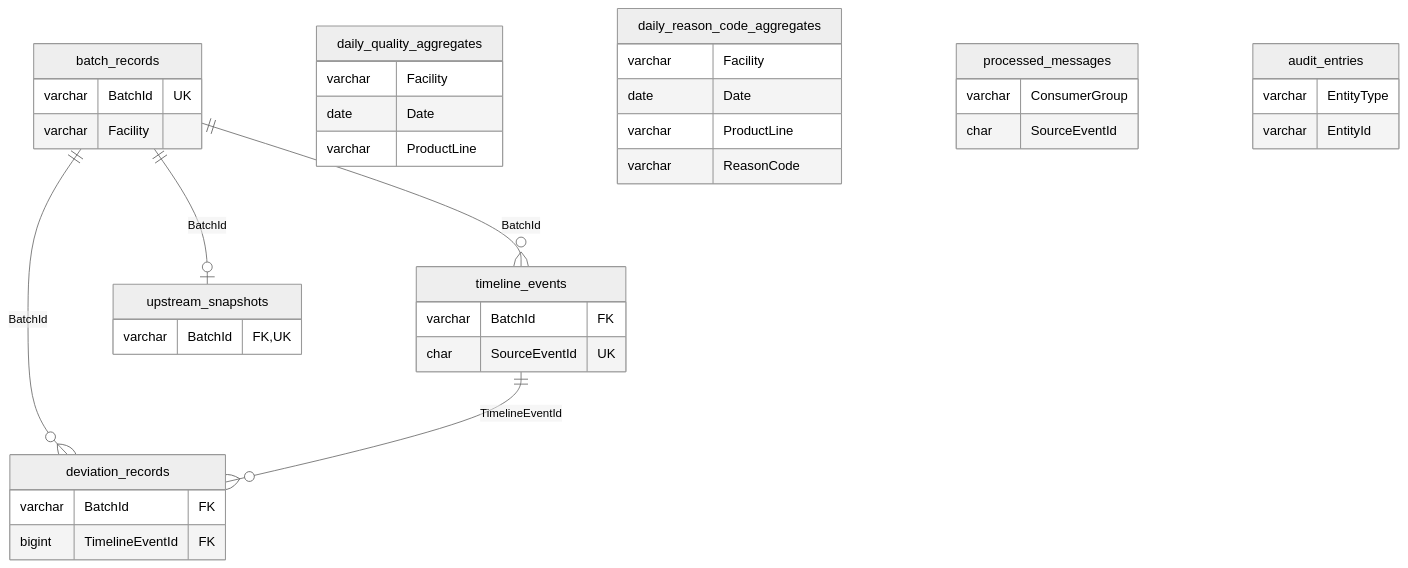
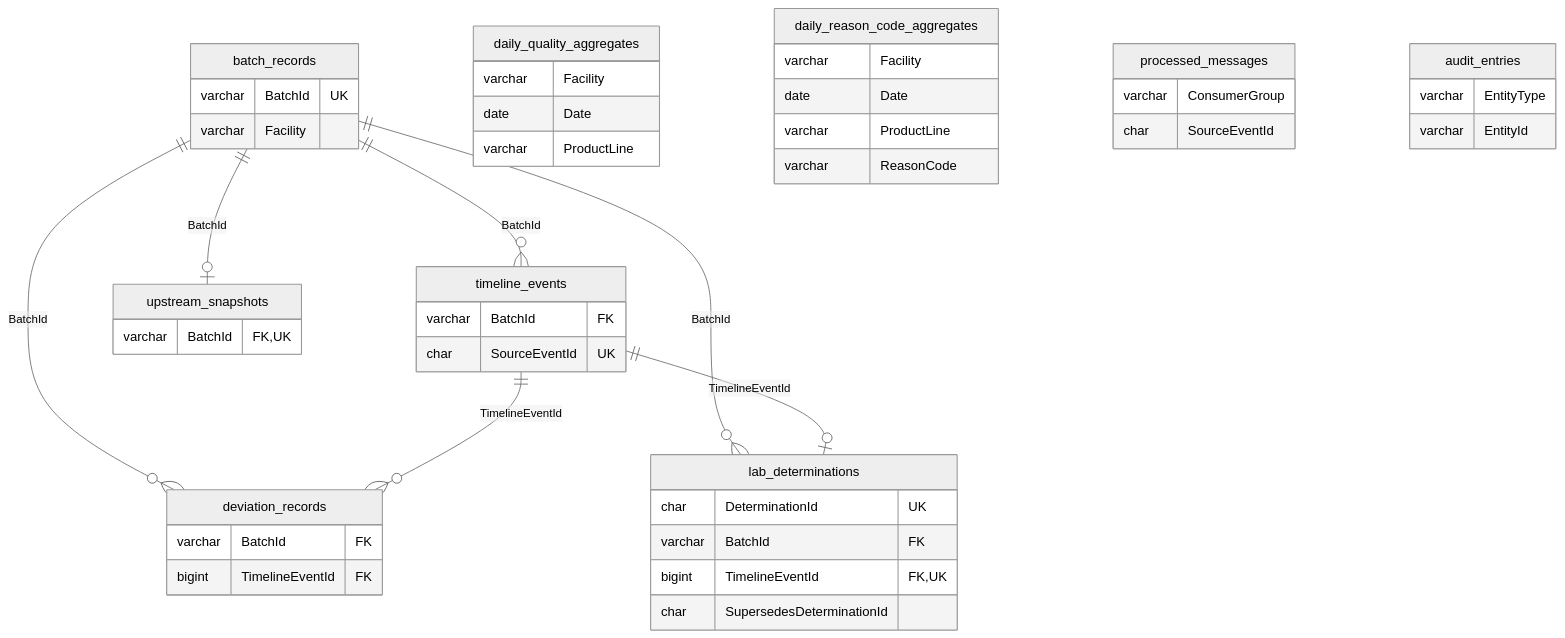
Before and after one commit to wonrich-dairy/traceability-dashboard-service: the diagram in docs/schema.md, drawn with Mermaid (neutral theme). The commit also changed other lines of this file and 8 other files, not shown here.

Commit message:
feat: lab determinations table with supersede tracking (SCRUM-131)

````diff
--- a/docs/schema.md
+++ b/docs/schema.md
@@ -22,41 +23,49 @@
 ```mermaid
 erDiagram
     batch_records ||--o{ timeline_events : "BatchId"
     batch_records ||--o| upstream_snapshots : "BatchId"
     batch_records ||--o{ deviation_records : "BatchId"
     timeline_events ||--o{ deviation_records : "TimelineEventId"
+    batch_records ||--o{ lab_determinations : "BatchId"
+    timeline_events ||--o| lab_determinations : "TimelineEventId"
     batch_records {
         varchar BatchId UK
         varchar Facility
     }
     timeline_events {
         varchar BatchId FK
         char SourceEventId UK
     }
     upstream_snapshots {
         varchar BatchId FK, UK
     }
     deviation_records {
         varchar BatchId FK
         bigint TimelineEventId FK
+    }
+    lab_determinations {
+        char DeterminationId UK
+        varchar BatchId FK
+        bigint TimelineEventId FK, UK
+        char SupersedesDeterminationId
     }
     daily_quality_aggregates {
         varchar Facility
         date Date
         varchar ProductLine
     }
     daily_reason_code_aggregates {
         varchar Facility
         date Date
         varchar ProductLine
         varchar ReasonCode
     }
     processed_messages {
         varchar ConsumerGroup
         char SourceEventId
     }
     audit_entries {
         varchar EntityType
         varchar EntityId
     }
 ```
````
